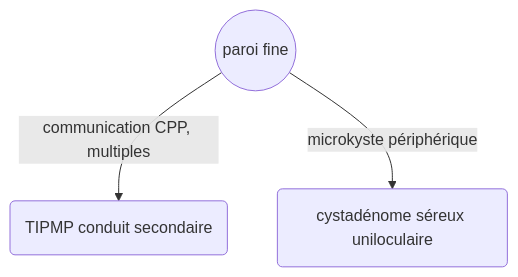
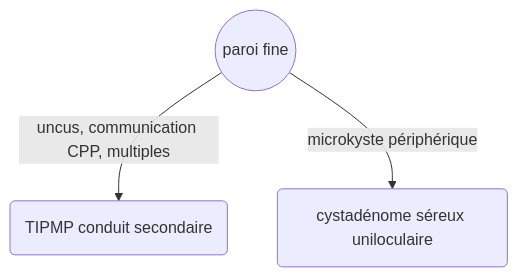
The second of 4 diagrams in docs/dig/pancréas.md (drlefevre/drlef), drawn with Mermaid before and after one commit. The commit also changed other lines of this file and 3 other files, not shown here.

````diff
--- a/docs/dig/pancréas.md
+++ b/docs/dig/pancréas.md
@@ -98,5 +100,5 @@
     ``` mermaid
     flowchart TD
-        A((paroi fine)) -->|communication CPP, multiples| B(TIPMP conduit secondaire);
-        A -->|microkyste périphérique| C(cystadénome séreux uniloculaire);
+        E((paroi fine)) -->|uncus, communication CPP, multiples| G(TIPMP conduit secondaire); 
+        E -->|microkyste périphérique| H(cystadénome séreux uniloculaire);
     ```
````
